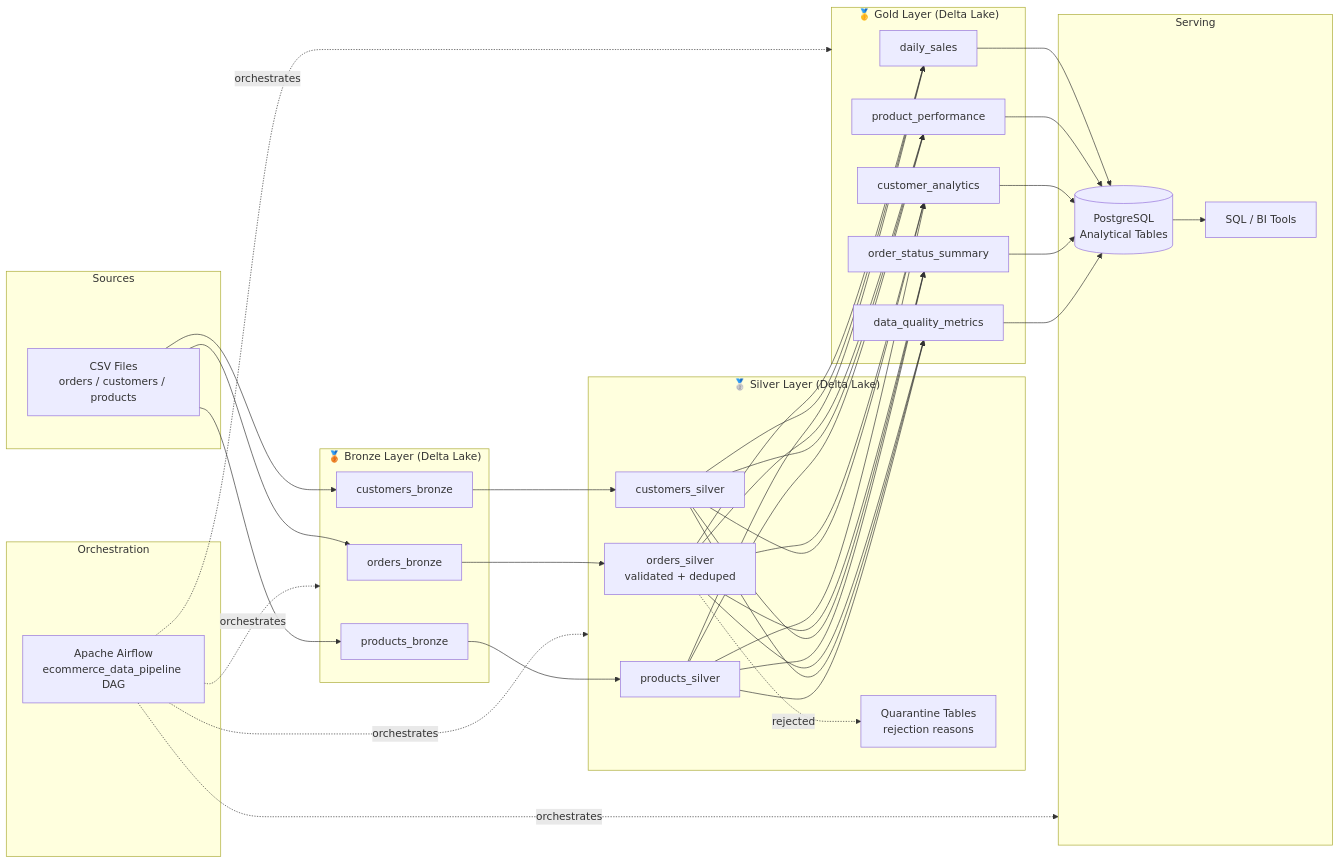
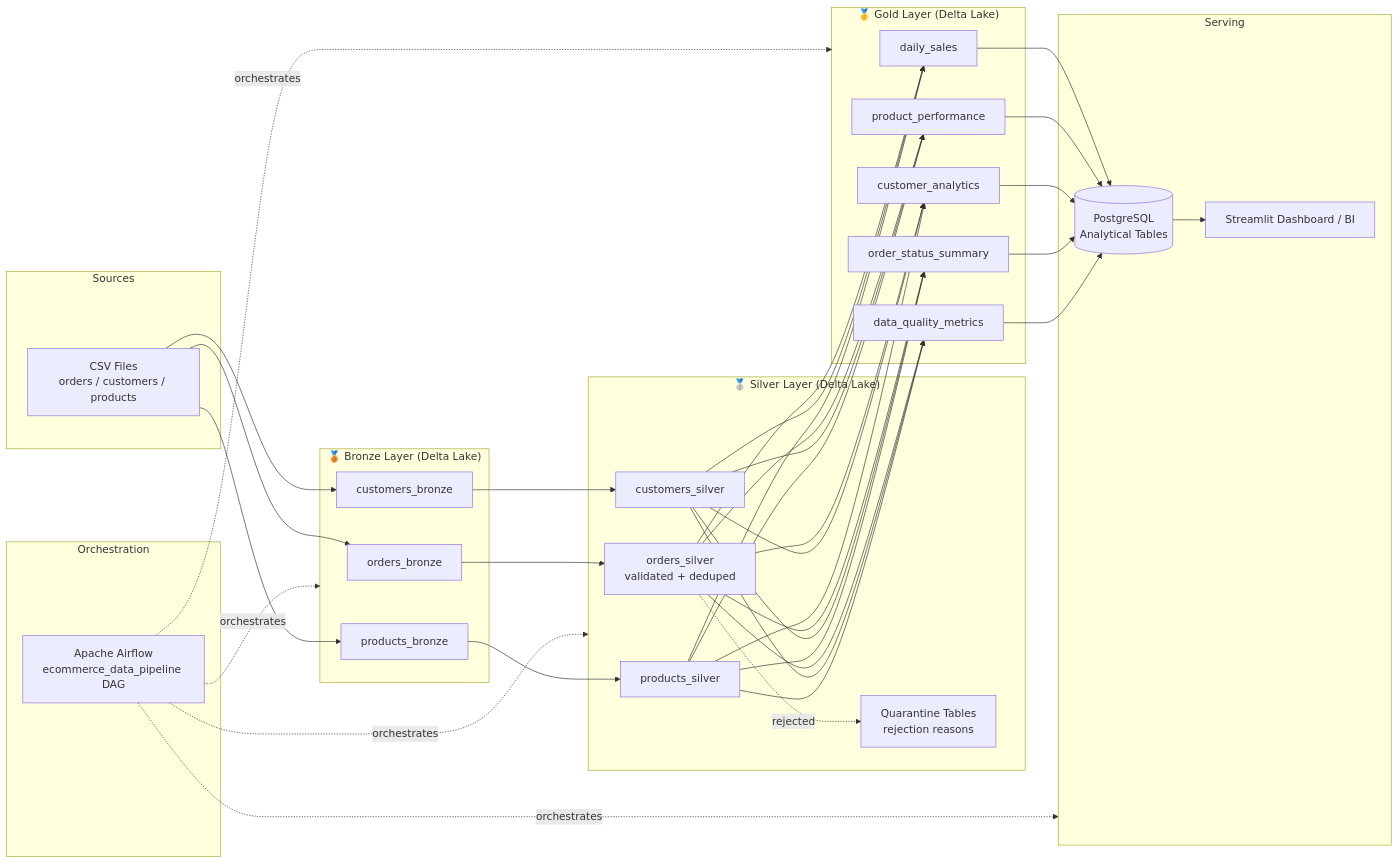
The diagram in README.md (yassser0/End-to-End-Data-Lakehouse-Platform), drawn with Mermaid before and after one commit. The commit also changed other lines of this file, not shown here.

Commit message:
docs: update repository links, project structure, and document Streamlit dashboard integration in README

````diff
--- a/README.md
+++ b/README.md
@@ -62,45 +62,45 @@
 ```mermaid
 flowchart LR
     subgraph Sources
         CSV[CSV Files\norders / customers / products]
     end
 
     subgraph Bronze["🥉 Bronze Layer (Delta Lake)"]
         B_ORD[orders_bronze]
         B_CUST[customers_bronze]
         B_PROD[products_bronze]
     end
 
     subgraph Silver["🥈 Silver Layer (Delta Lake)"]
         S_ORD[orders_silver\nvalidated + deduped]
         S_CUST[customers_silver]
         S_PROD[products_silver]
         QUAR[Quarantine Tables\nrejection reasons]
     end
 
     subgraph Gold["🥇 Gold Layer (Delta Lake)"]
         G1[daily_sales]
         G2[product_performance]
         G3[customer_analytics]
         G4[order_status_summary]
         G5[data_quality_metrics]
     end
 
     subgraph Serving
         PG[(PostgreSQL\nAnalytical Tables)]
-        BI[SQL / BI Tools]
+        BI[Streamlit Dashboard / BI]
     end
 
     subgraph Orchestration
         AF[Apache Airflow\necommerce_data_pipeline DAG]
     end
 
     CSV --> B_ORD & B_CUST & B_PROD
     B_ORD --> S_ORD
     B_CUST --> S_CUST
     B_PROD --> S_PROD
     S_ORD & S_CUST & S_PROD --> G1 & G2 & G3 & G4 & G5
     S_ORD -.rejected.-> QUAR
     G1 & G2 & G3 & G4 & G5 --> PG --> BI
     AF -.orchestrates.-> Bronze & Silver & Gold & Serving
 ```
````
